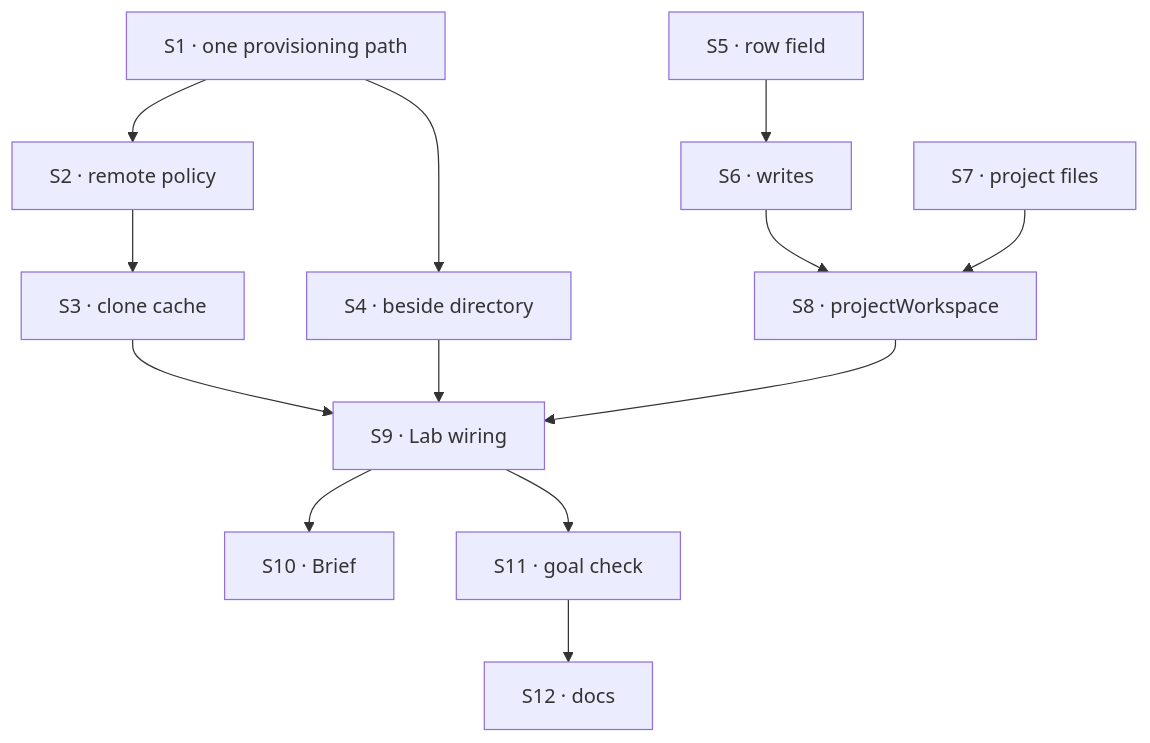
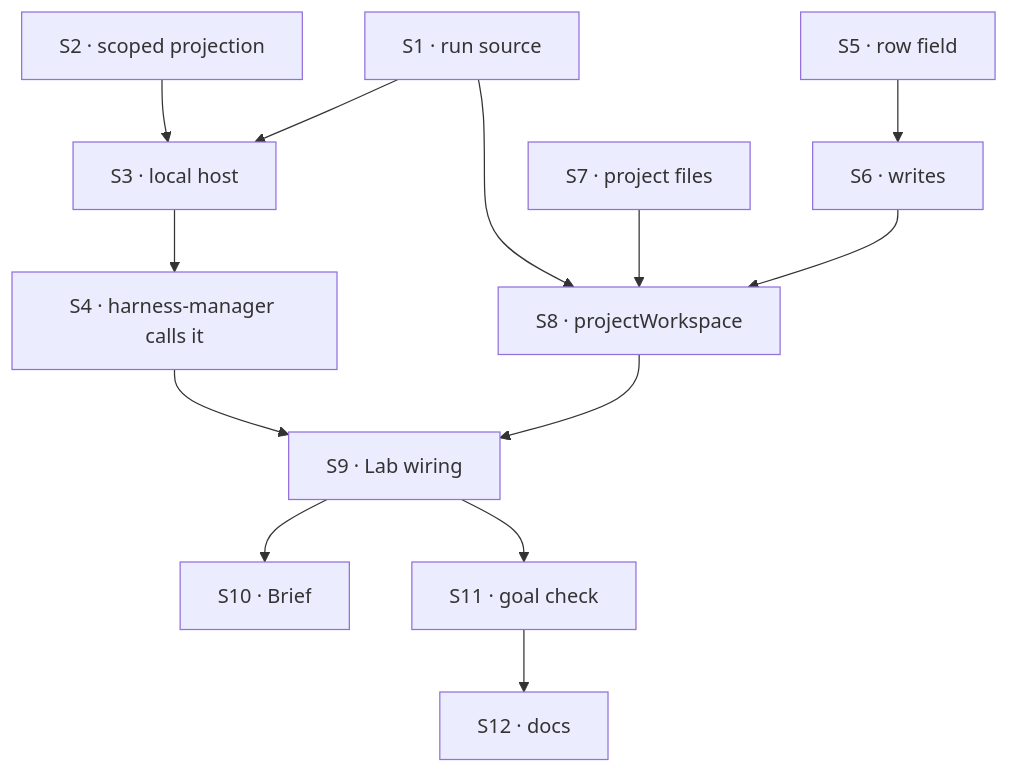
One commit to fixpoint-labs/flow-state-dev changed the diagram in specs/issues/FIX-1762/PLAN.md. Above: the diagram before and after it, drawn with Mermaid. The commit also changed other lines of this file and 18 other files, not shown here.

First line of the commit message:
spec(FIX-1762): owner direction — files source, shared workspace host, slices 2–4

````diff
--- a/specs/issues/FIX-1762/PLAN.md
+++ b/specs/issues/FIX-1762/PLAN.md
@@ -29,15 +29,15 @@
 ```mermaid
 flowchart TD
-  S1["S1 · one provisioning path"] --> S2["S2 · remote policy"]
-  S2 --> S3["S3 · clone cache"]
-  S1 --> S4["S4 · beside directory"]
+  S1["S1 · run source"] --> S3["S3 · local host"]
+  S2["S2 · scoped projection"] --> S3
+  S3 --> S4["S4 · harness-manager calls it"]
   S5["S5 · row field"] --> S6["S6 · writes"]
   S6 --> S8["S8 · projectWorkspace"]
   S7["S7 · project files"] --> S8
-  S3 --> S9["S9 · Lab wiring"]
-  S4 --> S9
+  S1 --> S8
+  S4 --> S9["S9 · Lab wiring"]
   S8 --> S9
   S9 --> S10["S10 · Brief"]
   S9 --> S11["S11 · goal check"]
   S11 --> S12["S12 · docs"]
 ```
````
